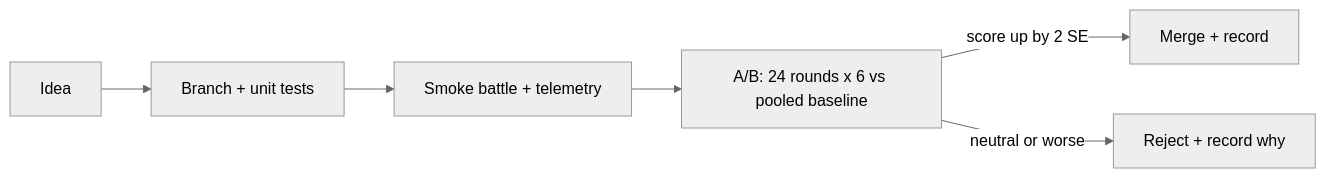
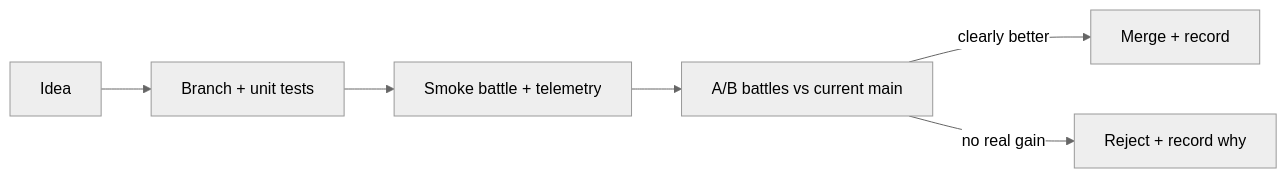
Before and after one commit to fduch-stranger/robocode-bot: the diagram in README.md, drawn with Mermaid (neutral theme). The commit also changed other lines of this file, not shown here.

````diff
--- a/README.md
+++ b/README.md
@@ -85,8 +77,8 @@
 ```mermaid
 flowchart LR
     A["Idea"] --> B["Branch + unit tests"]
     B --> C["Smoke battle + telemetry"]
-    C --> D["A/B: 24 rounds x 6 vs pooled baseline"]
-    D -->|"score up by 2 SE"| E["Merge + record"]
-    D -->|"neutral or worse"| F["Reject + record why"]
+    C --> D["A/B battles vs current main"]
+    D -->|"clearly better"| E["Merge + record"]
+    D -->|"no real gain"| F["Reject + record why"]
 ```
````
